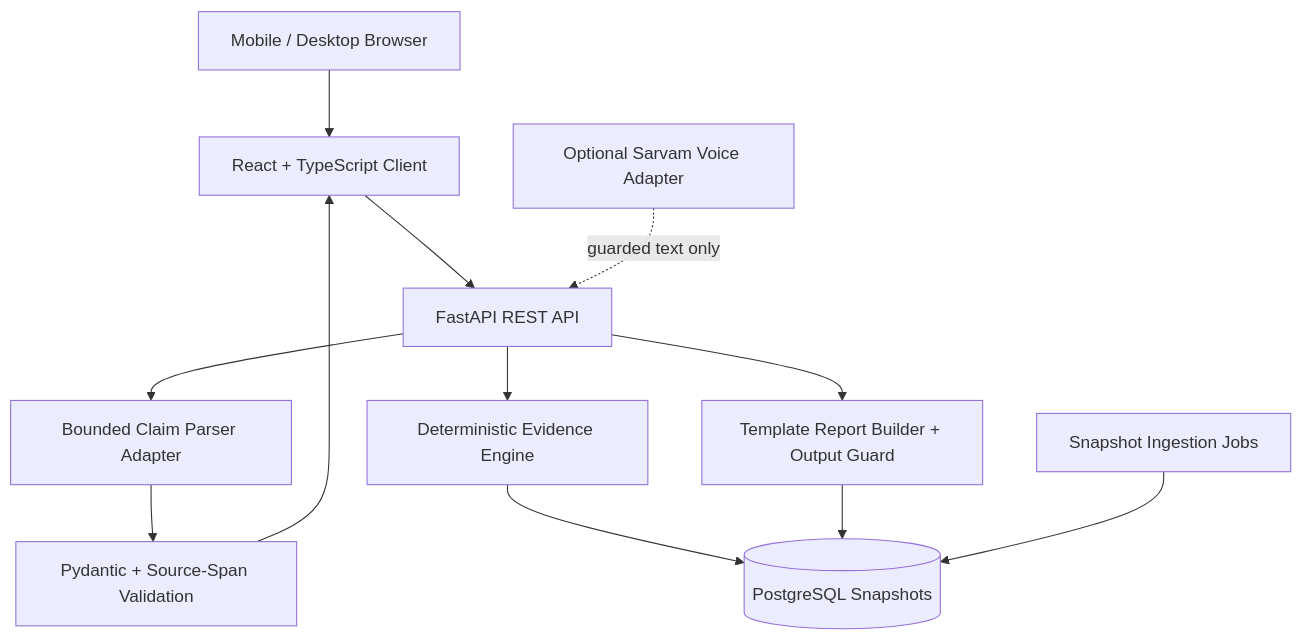
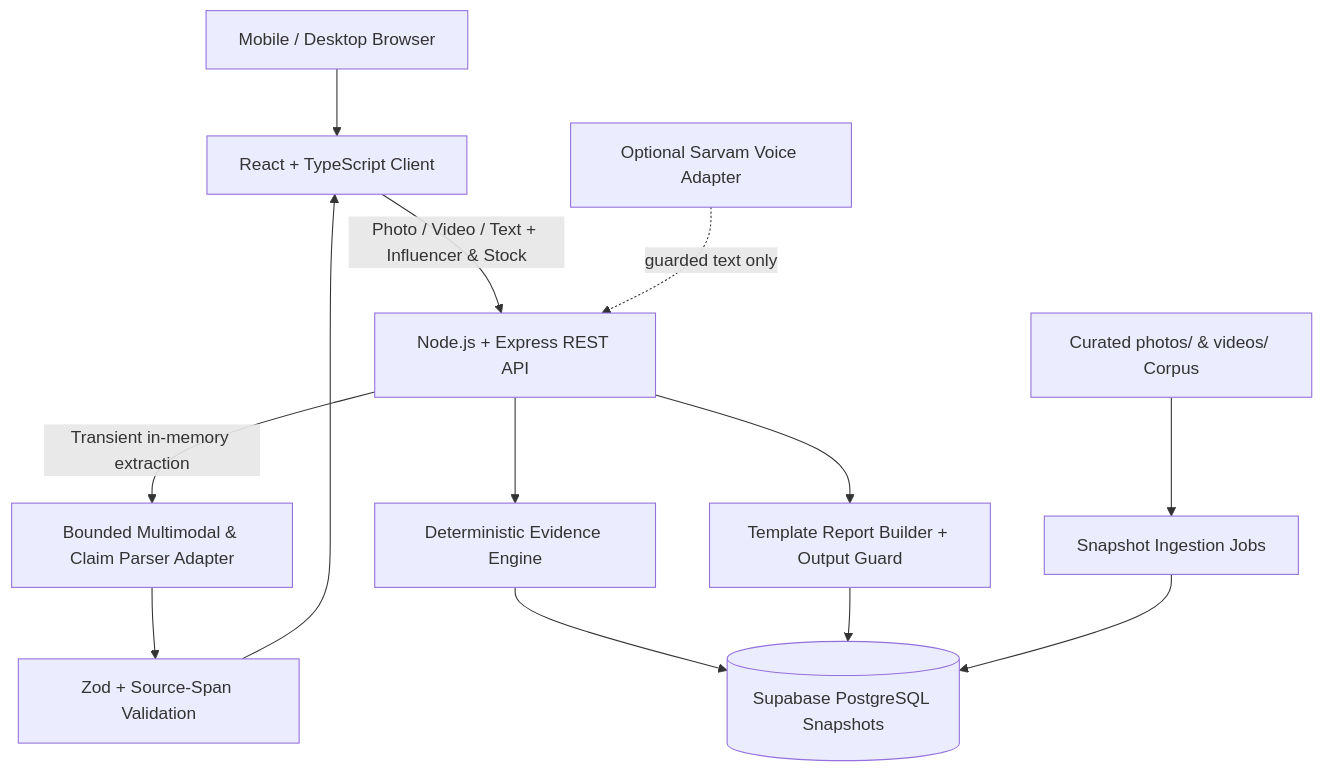
One commit to ANIKET-GIT-19/TrusTrace changed the diagram in ARCHITECTURE.md. Above: the diagram before and after it, drawn with Mermaid. The commit also changed other lines of this file and 86 other files, not shown here.

````diff
--- a/ARCHITECTURE.md
+++ b/ARCHITECTURE.md
@@ -43,14 +44,15 @@
 ```mermaid
 flowchart TD
     U[Mobile / Desktop Browser] --> FE[React + TypeScript Client]
-    FE --> API[FastAPI REST API]
-    API --> PARSE[Bounded Claim Parser Adapter]
+    FE -->|"Photo / Video / Text + Influencer & Stock"| API[Node.js + Express REST API]
+    API -->|"Transient in-memory extraction"| PARSE[Bounded Multimodal & Claim Parser Adapter]
     API --> ENGINE[Deterministic Evidence Engine]
     API --> REPORT[Template Report Builder + Output Guard]
-    ENGINE --> DB[(PostgreSQL Snapshots)]
+    ENGINE --> DB[(Supabase PostgreSQL Snapshots)]
     REPORT --> DB
-    PARSE --> VALIDATE[Pydantic + Source-Span Validation]
+    PARSE --> VALIDATE[Zod + Source-Span Validation]
     VALIDATE --> FE
     INGEST[Snapshot Ingestion Jobs] --> DB
+    CORPUS[Curated photos/ & videos/ Corpus] --> INGEST
     VOICE[Optional Sarvam Voice Adapter] -. guarded text only .-> API
 ```
````
